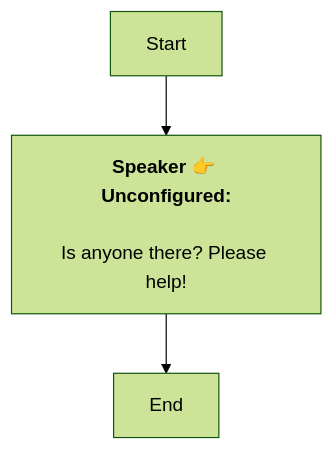
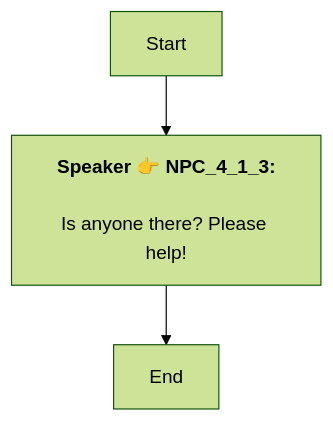
Before and after one commit to SoftHu/tos_avg: the diagram in En/QuestApproachDialogNode_1739063106994376.md, drawn with Mermaid (forest theme). The commit also changed 737 other files, not shown here.

````diff
--- a/En/QuestApproachDialogNode_1739063106994376.md
+++ b/En/QuestApproachDialogNode_1739063106994376.md
@@ -1,8 +1,7 @@
 ```mermaid
 graph
-Start -->1739069851234500[<b>Speaker 👉 Unconfigured:</b>
-
-Is anyone there? Please help!]
+Start -->1739069851234500[<b>Speaker 👉 NPC_4_1_3:</b>
+\nIs anyone there? Please help!]
 1739069851234500 -->1739063222879437[End]
 
- ```
+```
````
